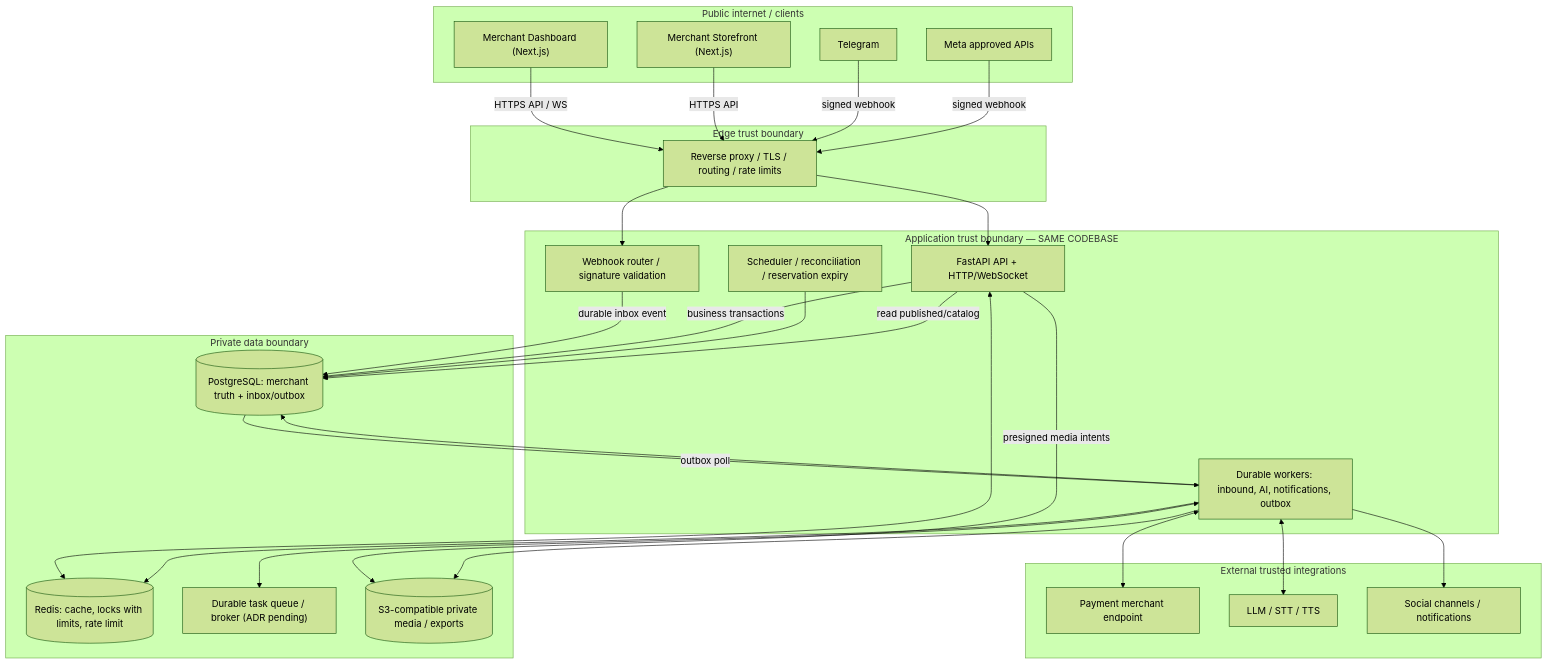
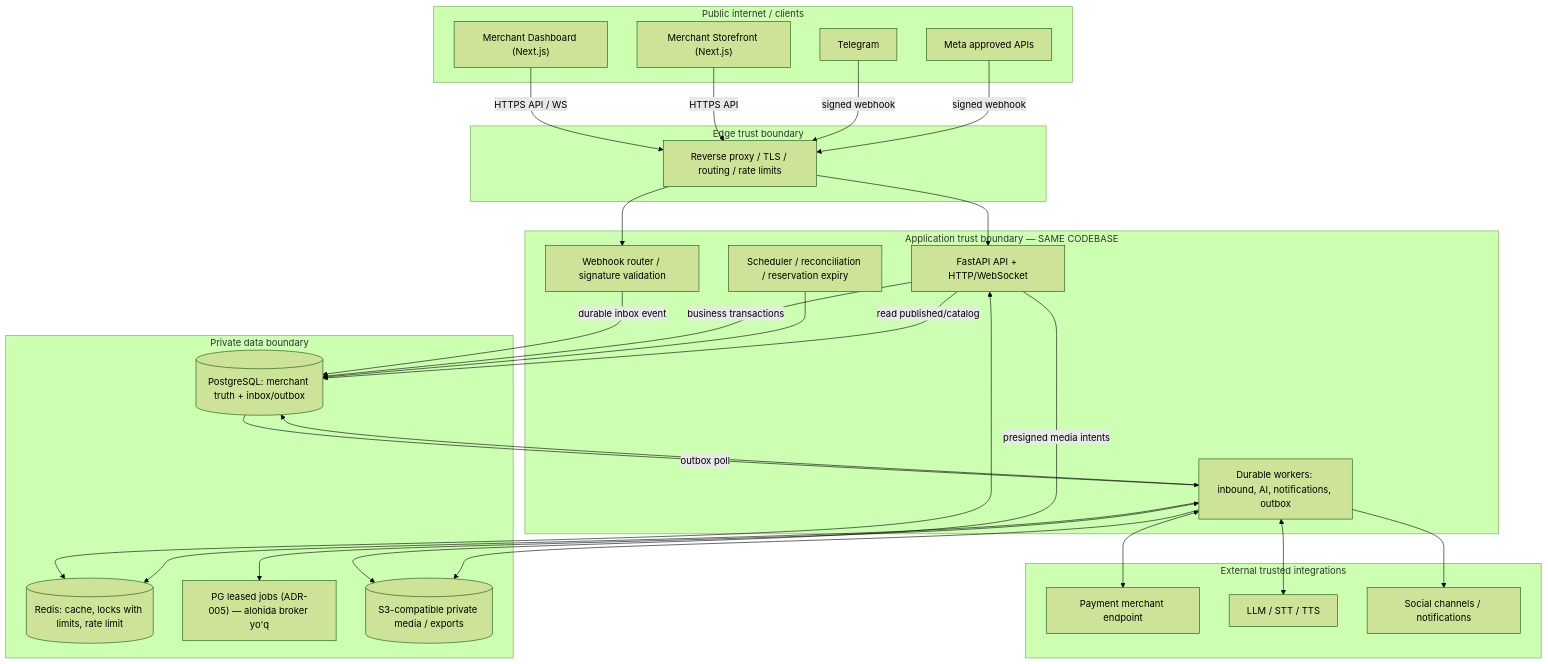
The second of 14 diagrams in docs/engineering/04_SYSTEM_ARCHITECTURE_C4.md (Ismoilkhan22/ai-commerce-backend), drawn with Mermaid (forest theme) before and after one commit. The commit also changed other lines of this file and 21 other files, not shown here.

````diff
--- a/docs/engineering/04_SYSTEM_ARCHITECTURE_C4.md
+++ b/docs/engineering/04_SYSTEM_ARCHITECTURE_C4.md
@@ -102,49 +102,49 @@
 ```mermaid
 flowchart TB
   subgraph CLIENT["Public internet / clients"]
     DASH["Merchant Dashboard (Next.js)"]
     STORE["Merchant Storefront (Next.js)"]
     TG["Telegram"]
     META["Meta approved APIs"]
   end
   subgraph EDGE["Edge trust boundary"]
     PROXY["Reverse proxy / TLS / routing / rate limits"]
   end
   subgraph APP["Application trust boundary — SAME CODEBASE"]
     API["FastAPI API + HTTP/WebSocket"]
     WEBHOOK["Webhook router / signature validation"]
     WORK["Durable workers: inbound, AI, notifications, outbox"]
     SCHED["Scheduler / reconciliation / reservation expiry"]
   end
   subgraph DATA["Private data boundary"]
     PG[("PostgreSQL: merchant truth + inbox/outbox")]
     REDIS[("Redis: cache, locks with limits, rate limit")]
-    QUEUE["Durable task queue / broker (ADR pending)"]
+    QUEUE["PG leased jobs (ADR-005) — alohida broker yo'q"]
     OBJ[("S3-compatible private media / exports")]
   end
   subgraph VENDORS["External trusted integrations"]
     PSP["Payment merchant endpoint"]
     LLM["LLM / STT / TTS"]
     MSG["Social channels / notifications"]
   end
   DASH -->|"HTTPS API / WS"| PROXY
   STORE -->|"HTTPS API"| PROXY
   TG -->|"signed webhook"| PROXY
   META -->|"signed webhook"| PROXY
   PROXY --> API
   PROXY --> WEBHOOK
   WEBHOOK -->|"durable inbox event"| PG
   API -->|"business transactions"| PG
   API <--> REDIS
   API -->|"presigned media intents"| OBJ
   PG -->|"outbox poll"| WORK
   WORK <--> QUEUE
   SCHED --> PG
   WORK --> PG
   WORK --> REDIS
   WORK --> OBJ
   WORK <--> LLM
   WORK <--> PSP
   WORK --> MSG
   API -->|"read published/catalog"| PG
 ```
````
